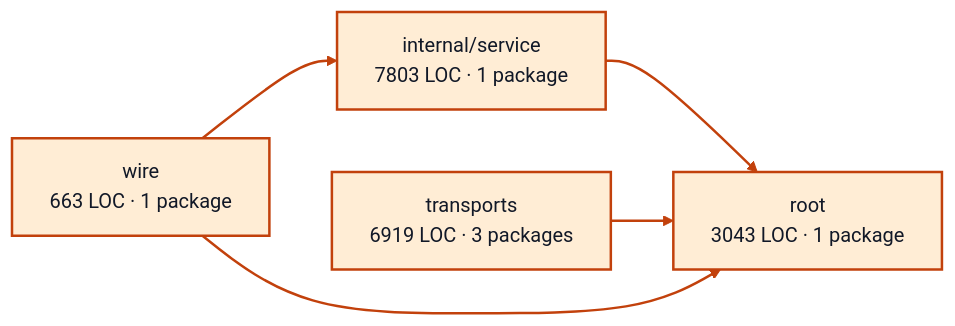
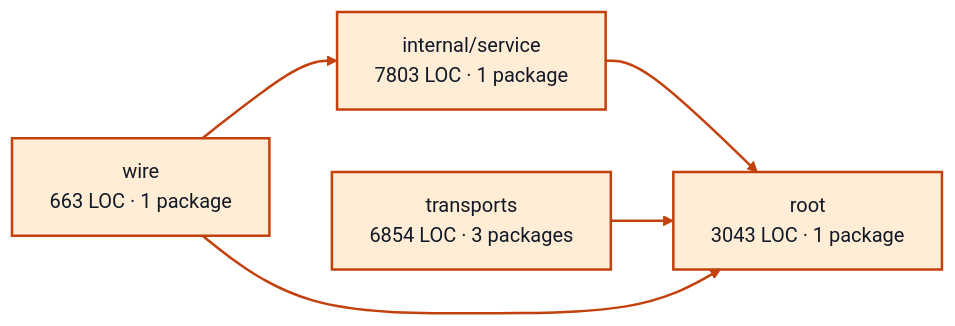
Before and after one commit to portpowered/you-agent-factory: the diagram in docs/architecture/visualizations/services/worker_sessions.md, drawn with Mermaid. The commit also changed other lines of this file and 20 other files, not shown here.

Commit message:
docs: refresh backend architecture visualizations

````diff
--- a/docs/architecture/visualizations/services/worker_sessions.md
+++ b/docs/architecture/visualizations/services/worker_sessions.md
@@ -11,16 +11,16 @@
 ```mermaid
 flowchart LR
   p0["internal/service<br/>7803 LOC · 1 package"]
   p1["root<br/>3043 LOC · 1 package"]
-  p2["transports<br/>6919 LOC · 3 packages"]
+  p2["transports<br/>6854 LOC · 3 packages"]
   p3["wire<br/>663 LOC · 1 package"]
   p0 --> p1
   p2 --> p1
   p3 --> p0
   p3 --> p1
   style p0 fill:#ffedd5,stroke:#c2410c,stroke-width:2px,color:#111827
   style p1 fill:#ffedd5,stroke:#c2410c,stroke-width:2px,color:#111827
   style p2 fill:#ffedd5,stroke:#c2410c,stroke-width:2px,color:#111827
   style p3 fill:#ffedd5,stroke:#c2410c,stroke-width:2px,color:#111827
   linkStyle default stroke:#c2410c,stroke-width:2px
 ```
````
